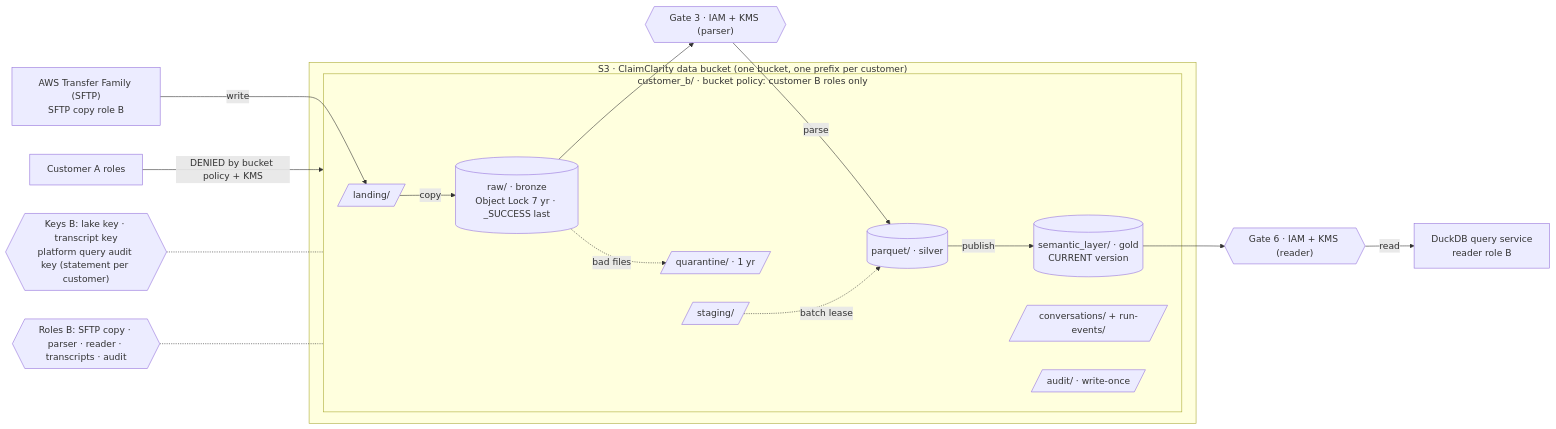
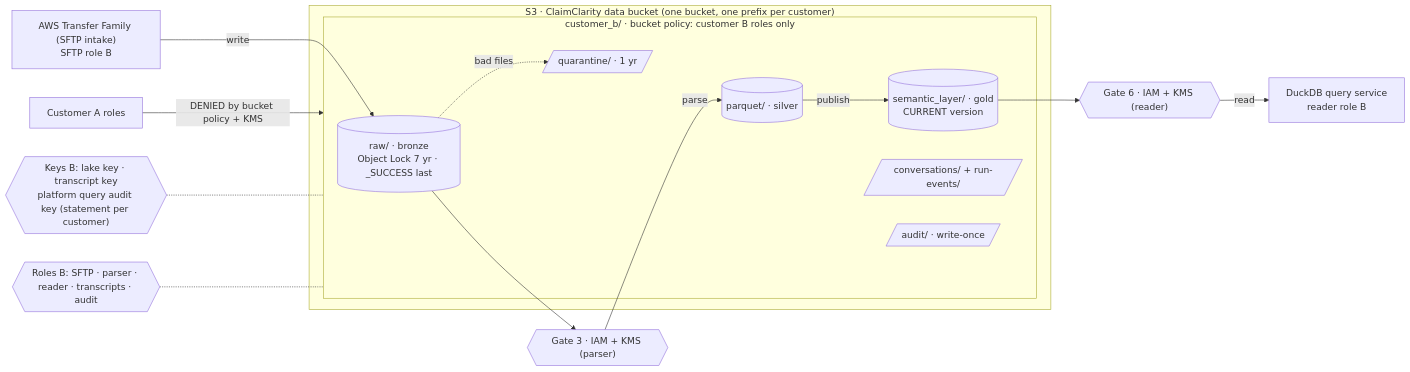
Before and after one commit to Peter-Shamoun/cc: the diagram in docs/architecture/drilldowns/00-storage.mmd, drawn with Mermaid. The commit also changed 9 other files, not shown here.

First line of the commit message:
Architecture docs: drill-down redo in progress (00, 01 without landing/staging)

```diff
--- a/docs/architecture/drilldowns/00-storage.mmd
+++ b/docs/architecture/drilldowns/00-storage.mmd
@@ -1,30 +1,27 @@
 %% 00 Storage & isolation. Source of truth for the drill-down. Gates are nodes on the edges they guard.
+%% No landing or staging prefix: SFTP writes straight to raw/; the batch lease is a lock owned by the parser (see 01).
 flowchart LR
-  sftp["AWS Transfer Family (SFTP)<br/>SFTP copy role B"]
+  sftp["AWS Transfer Family (SFTP intake)<br/>SFTP role B"]
   custA["Customer A roles"]
   subgraph bucket["S3 · ClaimClarity data bucket (one bucket, one prefix per customer)"]
     subgraph prefB["customer_b/ · bucket policy: customer B roles only"]
-      landing[/"landing/"/]
       raw[("raw/ · bronze<br/>Object Lock 7 yr · _SUCCESS last")]
       silver[("parquet/ · silver")]
       gold[("semantic_layer/ · gold<br/>CURRENT version")]
       quarantine[/"quarantine/ · 1 yr"/]
-      staging[/"staging/"/]
       chat[/"conversations/ + run-events/"/]
       audit[/"audit/ · write-once"/]
     end
   end
   qs["DuckDB query service<br/>reader role B"]
   keys{{"Keys B: lake key · transcript key<br/>platform query audit key (statement per customer)"}}
-  roles{{"Roles B: SFTP copy · parser · reader · transcripts · audit"}}
+  roles{{"Roles B: SFTP · parser · reader · transcripts · audit"}}
 
-  sftp -->|write| landing
-  landing -->|copy| raw
+  sftp -->|write| raw
   raw --> g3{{"Gate 3 · IAM + KMS (parser)"}} -->|parse| silver
   silver -->|publish| gold
   raw -.->|bad files| quarantine
-  staging -.->|batch lease| silver
   gold --> g6{{"Gate 6 · IAM + KMS (reader)"}} -->|read| qs
   custA -->|DENIED by bucket policy + KMS| prefB
   keys -.- prefB
   roles -.- prefB
```
